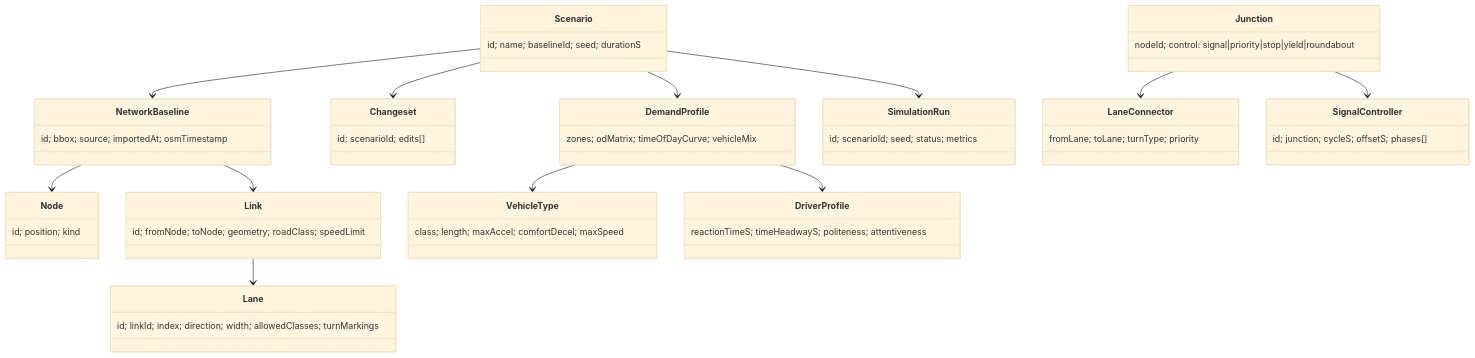
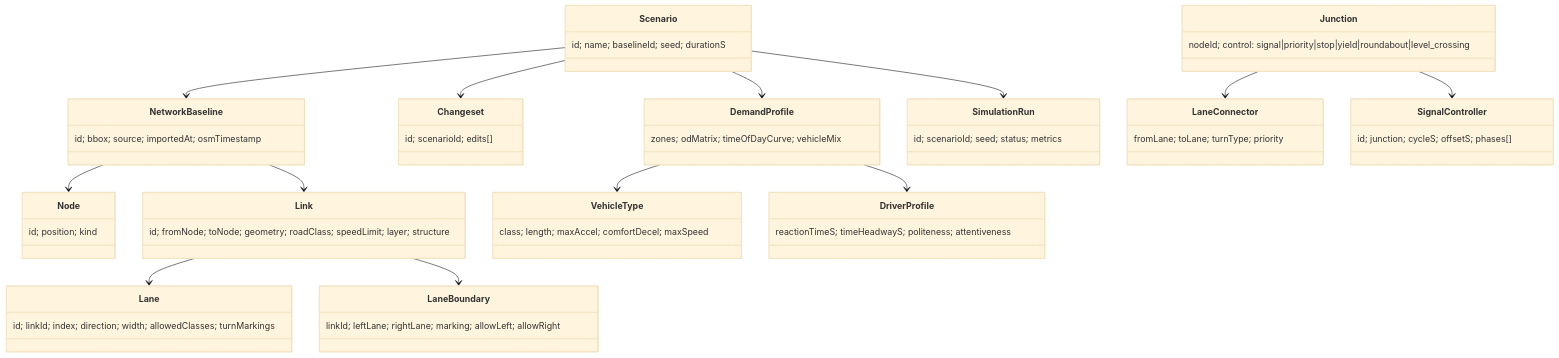
One commit to cpfaffinger/TrafficSim changed the first of 4 diagrams in docs/concept.md. Above: the diagram before and after it, drawn with Mermaid (base theme). The commit also changed other lines of this file and 4 other files, not shown here.

````diff
--- a/docs/concept.md
+++ b/docs/concept.md
@@ -58,28 +58,30 @@
 ```mermaid
 classDiagram
     class Scenario { id; name; baselineId; seed; durationS }
     class NetworkBaseline { id; bbox; source; importedAt; osmTimestamp }
     class Changeset { id; scenarioId; edits[] }
     class Node { id; position; kind }
-    class Link { id; fromNode; toNode; geometry; roadClass; speedLimit }
+    class Link { id; fromNode; toNode; geometry; roadClass; speedLimit; layer; structure }
     class Lane { id; linkId; index; direction; width; allowedClasses; turnMarkings }
+    class LaneBoundary { linkId; leftLane; rightLane; marking; allowLeft; allowRight }
     class LaneConnector { fromLane; toLane; turnType; priority }
-    class Junction { nodeId; control: signal|priority|stop|yield|roundabout }
+    class Junction { nodeId; control: signal|priority|stop|yield|roundabout|level_crossing }
     class SignalController { id; junction; cycleS; offsetS; phases[] }
     class DemandProfile { zones; odMatrix; timeOfDayCurve; vehicleMix }
     class VehicleType { class; length; maxAccel; comfortDecel; maxSpeed }
     class DriverProfile { reactionTimeS; timeHeadwayS; politeness; attentiveness }
     class SimulationRun { id; scenarioId; seed; status; metrics }
 
     Scenario --> NetworkBaseline
     Scenario --> Changeset
     Scenario --> DemandProfile
     NetworkBaseline --> Node
     NetworkBaseline --> Link
     Link --> Lane
+    Link --> LaneBoundary
     Junction --> LaneConnector
     Junction --> SignalController
     DemandProfile --> VehicleType
     DemandProfile --> DriverProfile
     Scenario --> SimulationRun
 ```
````
